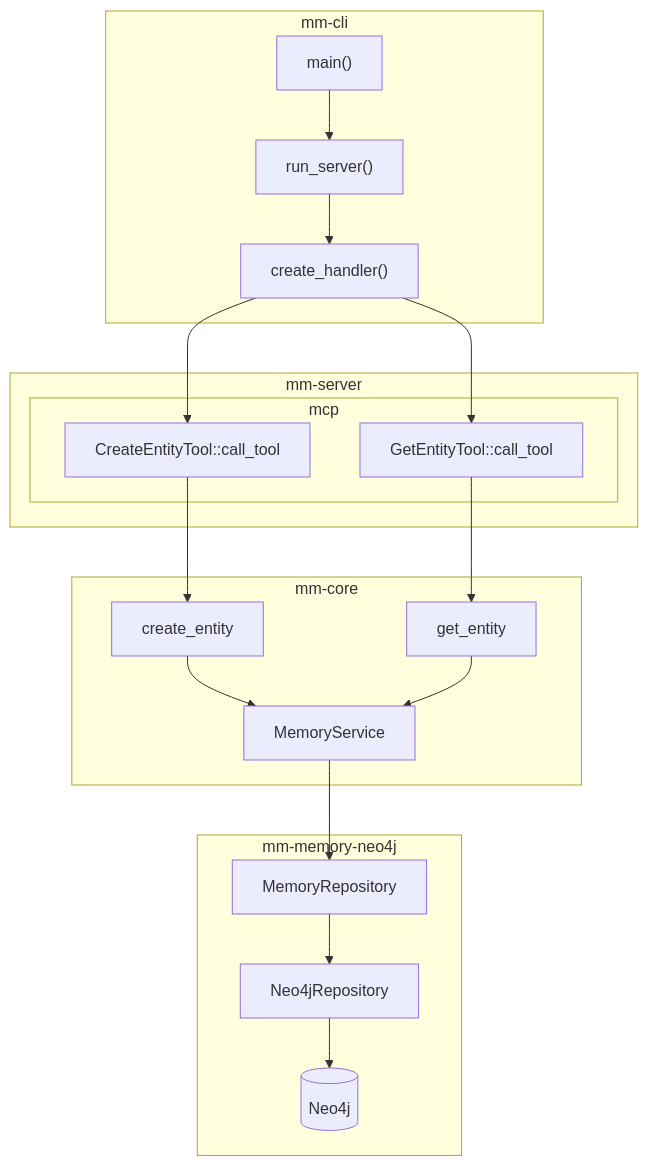
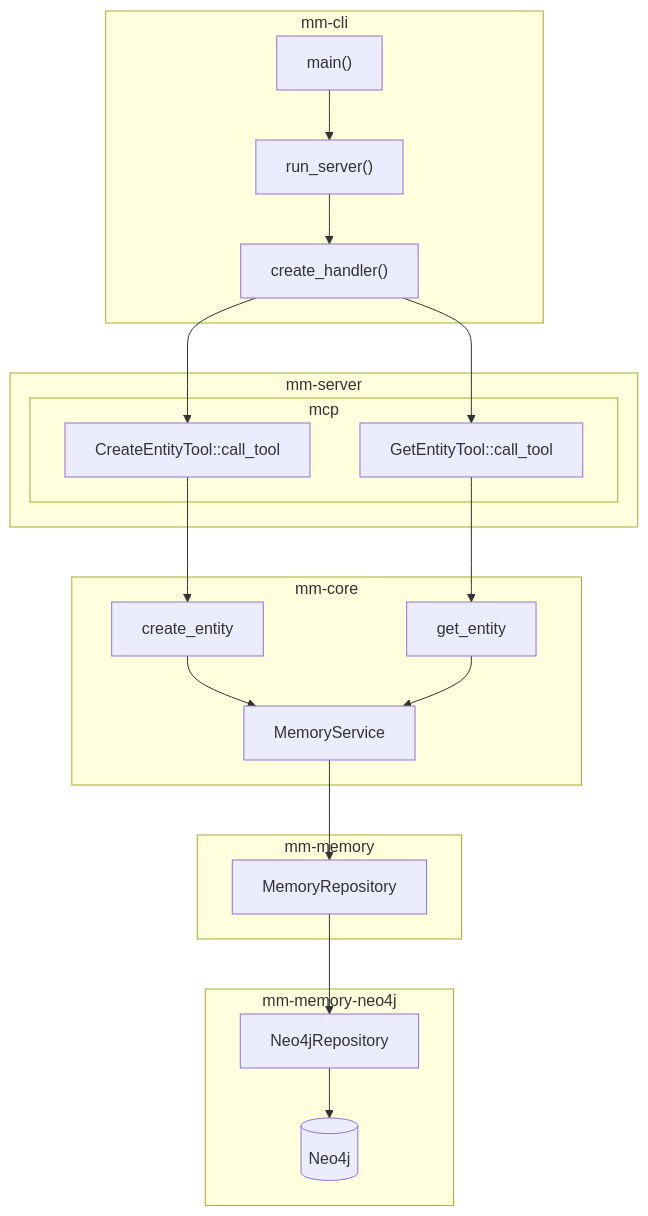
One commit to andoriyu/middle-manager changed the diagram in README.md. Above: the diagram before and after it, drawn with Mermaid. The commit also changed other lines of this file, not shown here.

Commit message:
docs: update README structure

````diff
--- a/README.md
+++ b/README.md
@@ -18,44 +20,46 @@
 ```mermaid
 graph TD
     %% mm-cli details
     subgraph "mm-cli"
         main_fn["main()"]
         run_server_fn["run_server()"]
         main_fn --> run_server_fn
         run_server_fn --> create_handler
     end
 
     %% mm-server details
     subgraph "mm-server"
         create_handler["create_handler()"]
         subgraph "mcp"
             create_tool["CreateEntityTool::call_tool"]
             get_tool["GetEntityTool::call_tool"]
         end
         create_handler --> create_tool
         create_handler --> get_tool
     end
 
     %% mm-core details
     subgraph "mm-core"
         create_op["create_entity"]
         get_op["get_entity"]
         create_op --> memory_service["MemoryService"]
-        get_op --> memory_service["MemoryService"]
+        get_op --> memory_service
+    end
+
+    %% mm-memory details
+    subgraph "mm-memory"
+        memory_service["MemoryService"]
+        repository_trait["MemoryRepository"]
+        memory_service --> repository_trait
     end
 
     %% mm-memory-neo4j details
     subgraph "mm-memory-neo4j"
-        memory_service["MemoryService"]
-        repository_trait["MemoryRepository"]
-        neo4j_repo["Neo4jRepository"]
-        neo4j_db[(Neo4j)]
-        memory_service --> repository_trait
-        repository_trait --> neo4j_repo
-        neo4j_repo --> neo4j_db
+        repository_trait --> neo4j_repo["Neo4jRepository"]
+        neo4j_repo --> neo4j_db[(Neo4j)]
     end
 
     %% Flow connections
     create_tool --> create_op
     get_tool --> get_op
 ```
````
